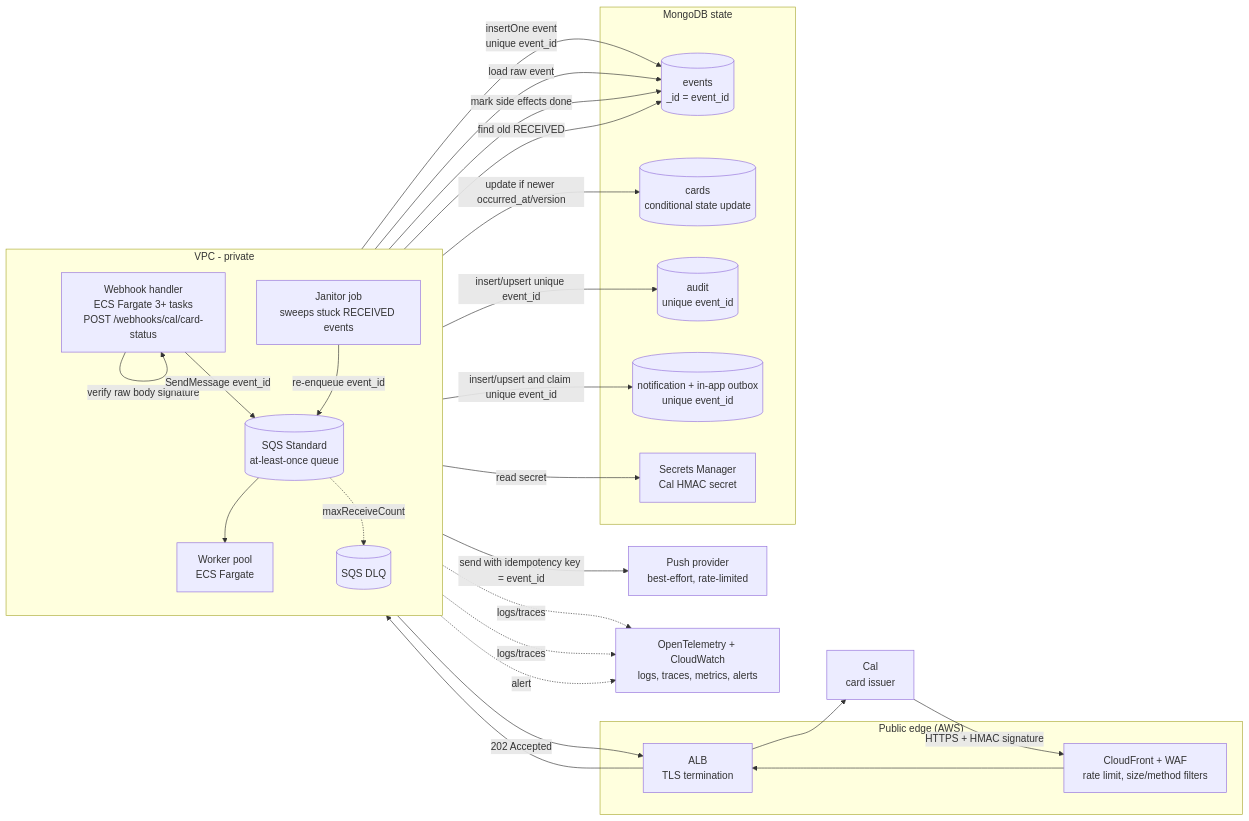
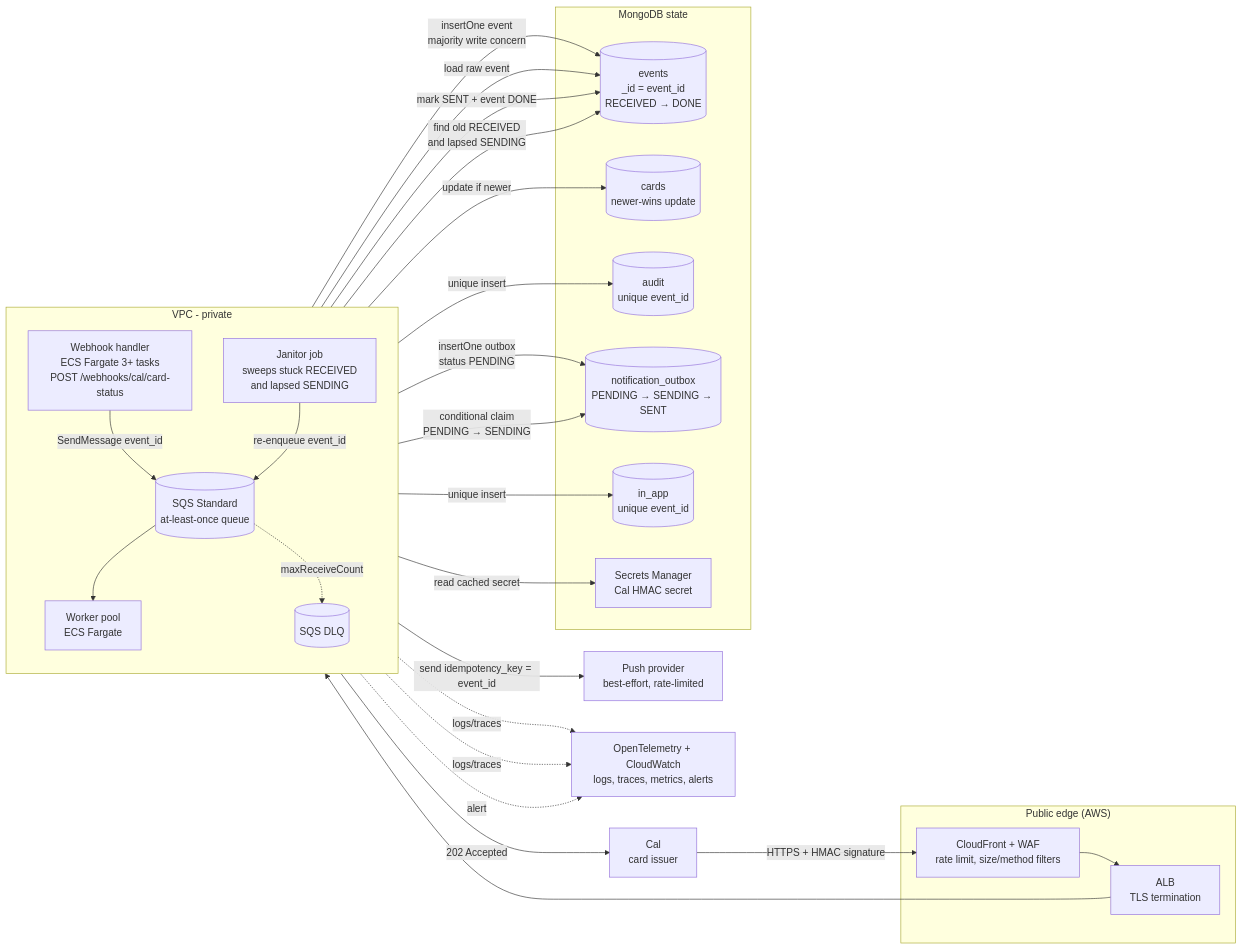
Before and after one commit to YoniRipp/TravelIO-arch: the first of 3 diagrams in architecture.md, drawn with Mermaid. The commit also changed other lines of this file and 1 other file, not shown here.

````diff
--- a/architecture.md
+++ b/architecture.md
@@ -5,52 +5,54 @@
 ```mermaid
 flowchart LR
     Cal[Cal<br/>card issuer]
 
     subgraph Edge["Public edge (AWS)"]
         WAF[CloudFront + WAF<br/>rate limit, size/method filters]
         ALB[ALB<br/>TLS termination]
     end
 
     subgraph App["VPC - private"]
         direction TB
         H[Webhook handler<br/>ECS Fargate 3+ tasks<br/>POST /webhooks/cal/card-status]
         Q[(SQS Standard<br/>at-least-once queue)]
         W[Worker pool<br/>ECS Fargate]
         DLQ[(SQS DLQ)]
-        JAN[Janitor job<br/>sweeps stuck RECEIVED events]
+        JAN[Janitor job<br/>sweeps stuck RECEIVED<br/>and lapsed SENDING]
     end
 
     subgraph Data["MongoDB state"]
-        E[(events<br/>_id = event_id)]
-        C[(cards<br/>conditional state update)]
+        E[(events<br/>_id = event_id<br/>RECEIVED → DONE)]
+        C[(cards<br/>newer-wins update)]
         A[(audit<br/>unique event_id)]
-        O[(notification + in-app outbox<br/>unique event_id)]
+        N[(notification_outbox<br/>PENDING → SENDING → SENT)]
+        I[(in_app<br/>unique event_id)]
         SM[Secrets Manager<br/>Cal HMAC secret]
     end
 
     PUSH[Push provider<br/>best-effort, rate-limited]
     OBS[OpenTelemetry + CloudWatch<br/>logs, traces, metrics, alerts]
 
     Cal -->|HTTPS + HMAC signature| WAF --> ALB --> H
-    H -->|read secret| SM
-    H -->|verify raw body signature| H
-    H -->|insertOne event<br/>unique event_id| E
+    H -->|read cached secret| SM
+    H -->|insertOne event<br/>majority write concern| E
+    H -->|insertOne outbox<br/>status PENDING| N
     H -->|SendMessage event_id| Q
-    H -->|202 Accepted| ALB --> Cal
+    H -->|202 Accepted| Cal
 
     Q --> W
     W -->|load raw event| E
-    W -->|update if newer occurred_at/version| C
-    W -->|insert/upsert unique event_id| A
-    W -->|insert/upsert and claim unique event_id| O
-    W -->|send with idempotency key = event_id| PUSH
-    W -->|mark side effects done| E
+    W -->|update if newer| C
+    W -->|unique insert| A
+    W -->|unique insert| I
+    W -->|conditional claim<br/>PENDING → SENDING| N
+    W -->|send idempotency_key = event_id| PUSH
+    W -->|mark SENT + event DONE| E
     Q -. maxReceiveCount .-> DLQ
 
-    JAN -->|find old RECEIVED| E
+    JAN -->|find old RECEIVED<br/>and lapsed SENDING| E
     JAN -->|re-enqueue event_id| Q
 
     H -. logs/traces .-> OBS
     W -. logs/traces .-> OBS
     DLQ -. alert .-> OBS
 ```
````
